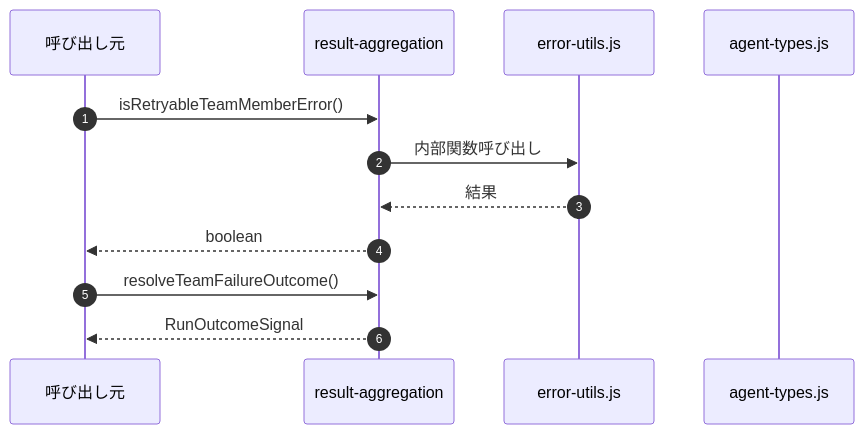
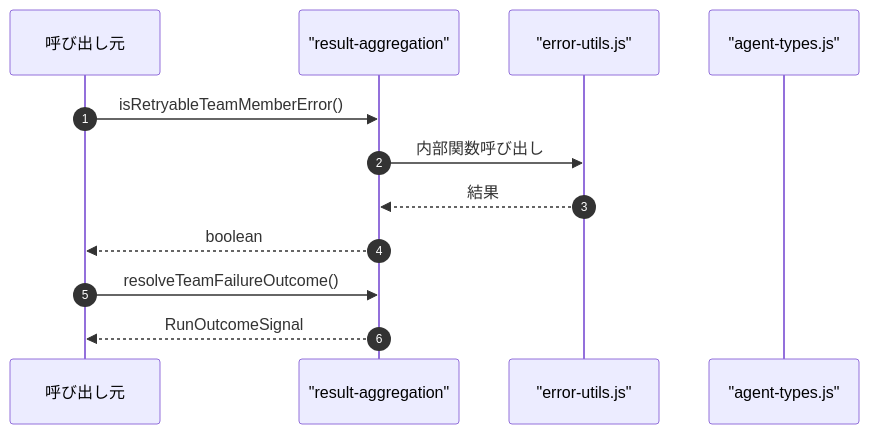
Before and after one commit to Mekann2904/mekann: the third of 3 diagrams in ABDD/.pi/extensions/agent-teams/result-aggregation.md, drawn with Mermaid. The commit also changed other lines of this file and 152 other files, not shown here.

First line of the commit message:
fix: Mermaid図のラベル内の特殊文字をエスケープする

````diff
--- a/ABDD/.pi/extensions/agent-teams/result-aggregation.md
+++ b/ABDD/.pi/extensions/agent-teams/result-aggregation.md
@@ -71,16 +71,16 @@
 ```mermaid
 sequenceDiagram
   autonumber
   participant Caller as 呼び出し元
-  participant result_aggregation as result-aggregation
-  participant error_utils_js as error-utils.js
-  participant agent_types_js as agent-types.js
+  participant result_aggregation as "result-aggregation"
+  participant error_utils_js as "error-utils.js"
+  participant agent_types_js as "agent-types.js"
 
   Caller->>result_aggregation: isRetryableTeamMemberError()
   result_aggregation->>error_utils_js: 内部関数呼び出し
   error_utils_js-->>result_aggregation: 結果
   result_aggregation-->>Caller: boolean
 
   Caller->>result_aggregation: resolveTeamFailureOutcome()
   result_aggregation-->>Caller: RunOutcomeSignal
 ```
````
